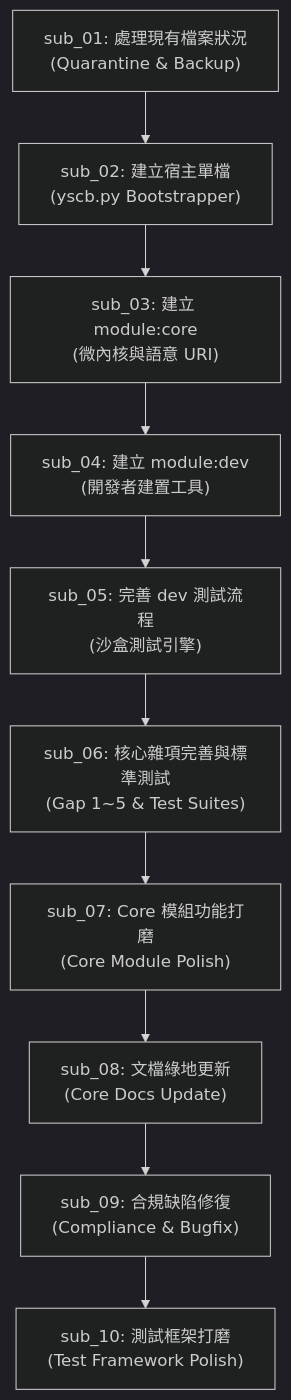
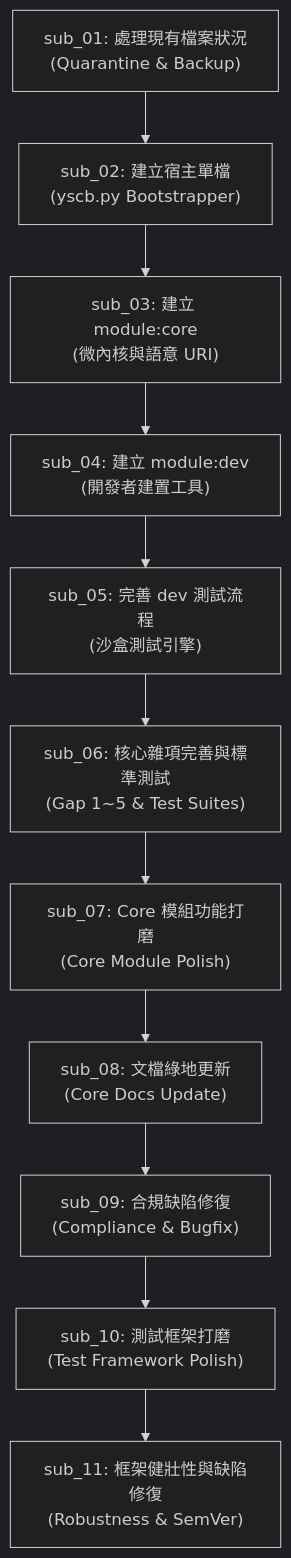
One commit to ysnaive/ys-codebase changed the diagram in plans/2026_08_23_2030_architecture_refactor/umbrella_overview.md. Above: the diagram before and after it, drawn with Mermaid (dark theme). The commit also changed other lines of this file and 64 other files, not shown here.

````diff
--- a/plans/2026_08_23_2030_architecture_refactor/umbrella_overview.md
+++ b/plans/2026_08_23_2030_architecture_refactor/umbrella_overview.md
@@ -39,12 +40,13 @@
 ```mermaid
 flowchart TD
     sub_01["sub_01: 處理現有檔案狀況<br/>(Quarantine & Backup)"] --> sub_02["sub_02: 建立宿主單檔<br/>(yscb.py Bootstrapper)"]
     sub_02 --> sub_03["sub_03: 建立 module:core<br/>(微內核與語意 URI)"]
     sub_03 --> sub_04["sub_04: 建立 module:dev<br/>(開發者建置工具)"]
     sub_04 --> sub_05["sub_05: 完善 dev 測試流程<br/>(沙盒測試引擎)"]
     sub_05 --> sub_06["sub_06: 核心雜項完善與標準測試<br/>(Gap 1~5 & Test Suites)"]
     sub_06 --> sub_07["sub_07: Core 模組功能打磨<br/>(Core Module Polish)"]
     sub_07 --> sub_08["sub_08: 文檔綠地更新<br/>(Core Docs Update)"]
     sub_08 --> sub_09["sub_09: 合規缺陷修復<br/>(Compliance & Bugfix)"]
     sub_09 --> sub_10["sub_10: 測試框架打磨<br/>(Test Framework Polish)"]
+    sub_10 --> sub_11["sub_11: 框架健壯性與缺陷修復<br/>(Robustness & SemVer)"]
 ```
````
